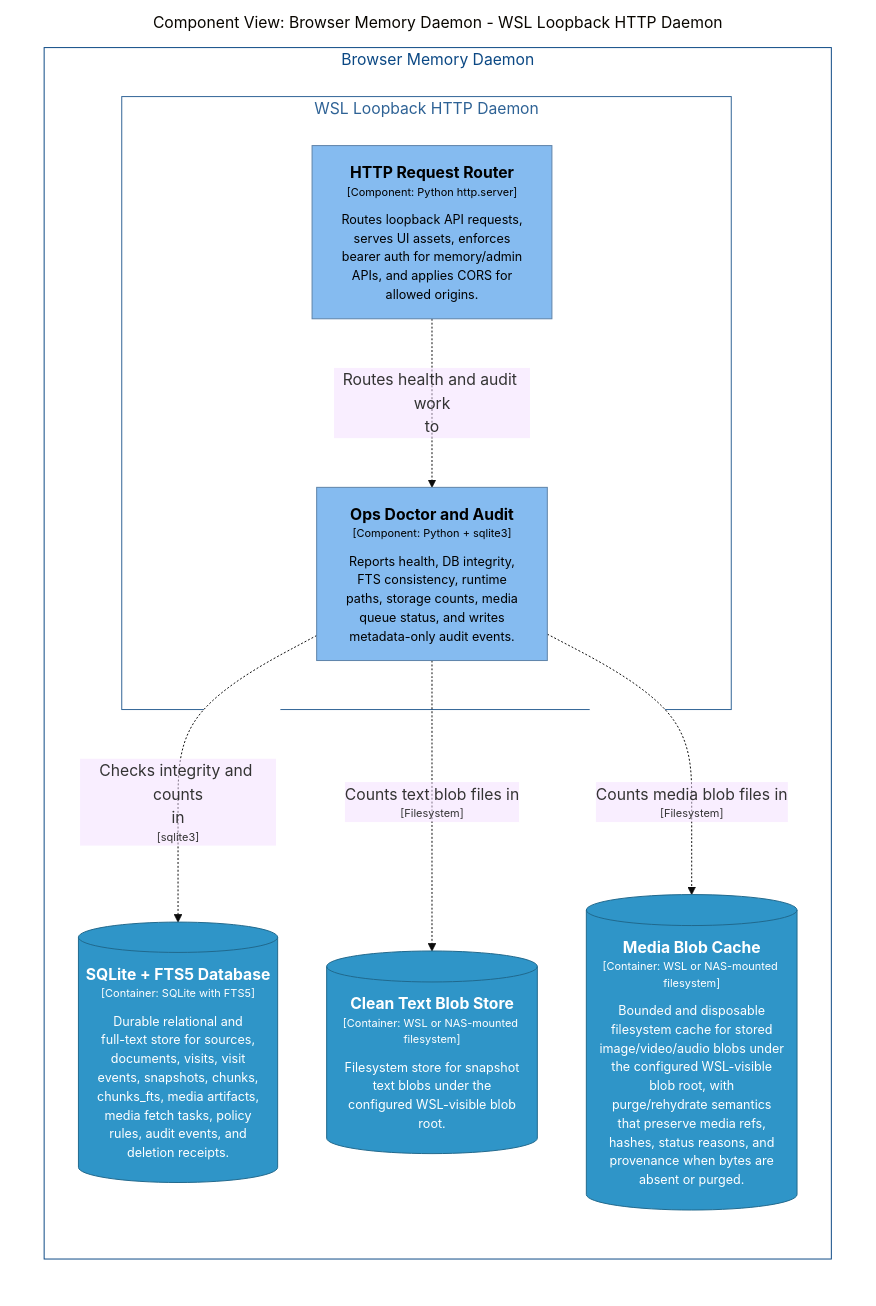
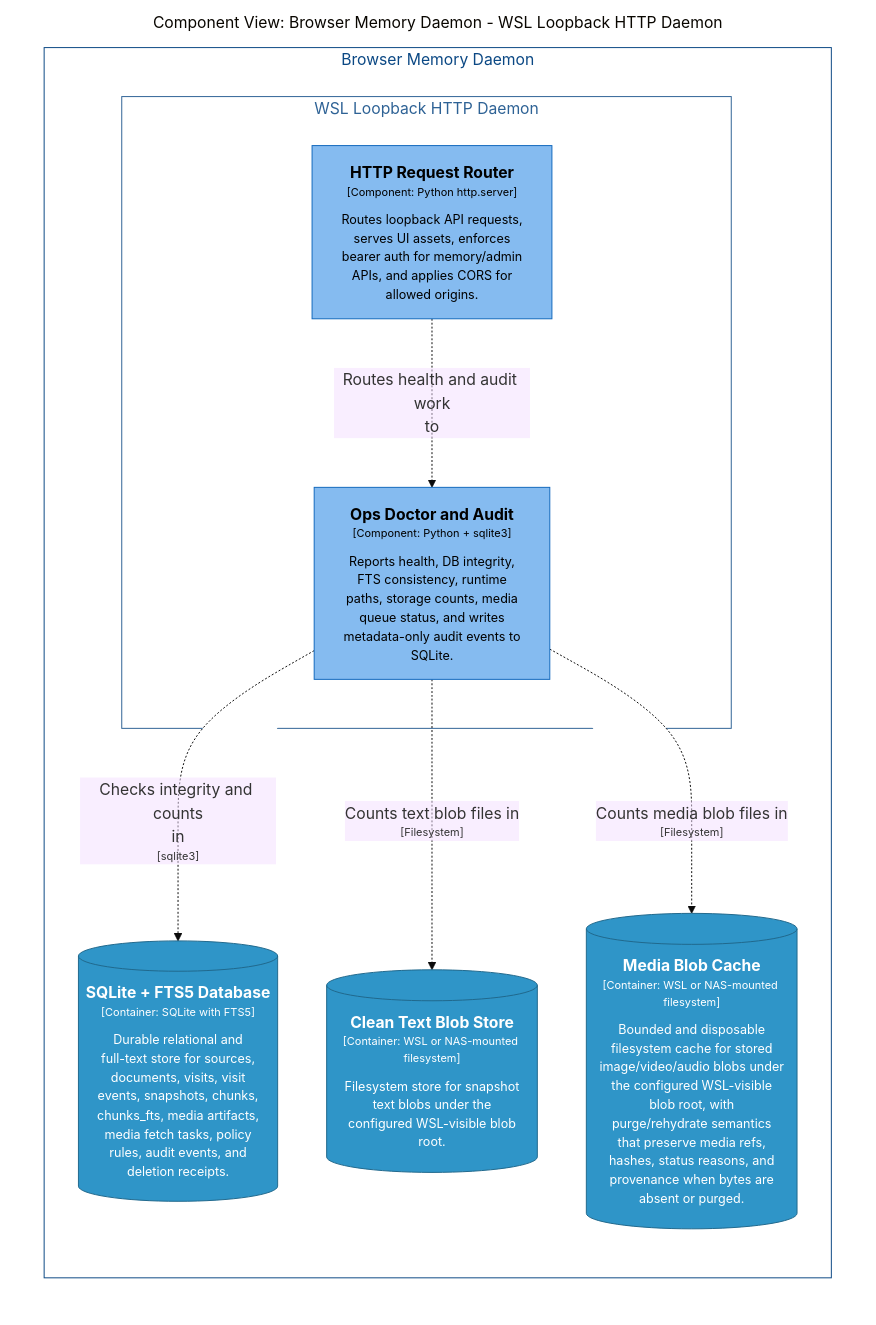
The diagram in docs/architecture/diagrams/markdown/DaemonDoctorComponents.md (michaelnicks0/browser-memory-daemon), drawn with Mermaid (base theme) before and after one commit. The commit also changed 110 other files, not shown here.

````diff
--- a/docs/architecture/diagrams/markdown/DaemonDoctorComponents.md
+++ b/docs/architecture/diagrams/markdown/DaemonDoctorComponents.md
@@ -16,34 +16,34 @@
 ```mermaid
 graph LR
   linkStyle default fill:#ffffff
 
   subgraph diagram ["Component View: Browser Memory Daemon - WSL Loopback HTTP Daemon"]
     style diagram fill:#ffffff,stroke:#ffffff
 
     subgraph 4 ["Browser Memory Daemon"]
       style 4 fill:#ffffff,stroke:#0b4884,color:#0b4884
 
       subgraph 14 ["WSL Loopback HTTP Daemon"]
         style 14 fill:#ffffff,stroke:#2e6295,color:#2e6295
 
         15["<div style='font-weight: bold'>HTTP Request Router</div><div style='font-size: 70%; margin-top: 0px'>[Component: Python http.server]</div><div style='font-size: 80%; margin-top:10px'>Routes loopback API requests,<br />serves UI assets, enforces<br />bearer auth for memory/admin<br />APIs, and applies CORS for<br />allowed origins.</div>"]
-        style 15 fill:#85bbf0,stroke:#5d82a8,color:#000000
-        23["<div style='font-weight: bold'>Ops Doctor and Audit</div><div style='font-size: 70%; margin-top: 0px'>[Component: Python + sqlite3]</div><div style='font-size: 80%; margin-top:10px'>Reports health, DB integrity,<br />FTS consistency, runtime<br />paths, storage counts, media<br />queue status, and writes<br />metadata-only audit events.</div>"]
-        style 23 fill:#85bbf0,stroke:#5d82a8,color:#000000
+        style 15 fill:#85bbf0,stroke:#1168bd,color:#000000
+        23["<div style='font-weight: bold'>Ops Doctor and Audit</div><div style='font-size: 70%; margin-top: 0px'>[Component: Python + sqlite3]</div><div style='font-size: 80%; margin-top:10px'>Reports health, DB integrity,<br />FTS consistency, runtime<br />paths, storage counts, media<br />queue status, and writes<br />metadata-only audit events to<br />SQLite.</div>"]
+        style 23 fill:#85bbf0,stroke:#1168bd,color:#000000
       end
 
       27[("<div style='font-weight: bold'>SQLite + FTS5 Database</div><div style='font-size: 70%; margin-top: 0px'>[Container: SQLite with FTS5]</div><div style='font-size: 80%; margin-top:10px'>Durable relational and<br />full-text store for sources,<br />documents, visits, visit<br />events, snapshots, chunks,<br />chunks_fts, media artifacts,<br />media fetch tasks, policy<br />rules, audit events, and<br />deletion receipts.</div>")]
       style 27 fill:#2f95c8,stroke:#20688c,color:#ffffff
       28[("<div style='font-weight: bold'>Clean Text Blob Store</div><div style='font-size: 70%; margin-top: 0px'>[Container: WSL or NAS-mounted filesystem]</div><div style='font-size: 80%; margin-top:10px'>Filesystem store for snapshot<br />text blobs under the<br />configured WSL-visible blob<br />root.</div>")]
       style 28 fill:#2f95c8,stroke:#20688c,color:#ffffff
       29[("<div style='font-weight: bold'>Media Blob Cache</div><div style='font-size: 70%; margin-top: 0px'>[Container: WSL or NAS-mounted filesystem]</div><div style='font-size: 80%; margin-top:10px'>Bounded and disposable<br />filesystem cache for stored<br />image/video/audio blobs under<br />the configured WSL-visible<br />blob root, with<br />purge/rehydrate semantics<br />that preserve media refs,<br />hashes, status reasons, and<br />provenance when bytes are<br />absent or purged.</div>")]
       style 29 fill:#2f95c8,stroke:#20688c,color:#ffffff
     end
 
     15-. "<div>Routes health and audit work<br />to</div><div style='font-size: 70%'></div>" .->23
     23-. "<div>Checks integrity and counts<br />in</div><div style='font-size: 70%'>[sqlite3]</div>" .->27
     23-. "<div>Counts text blob files in</div><div style='font-size: 70%'>[Filesystem]</div>" .->28
     23-. "<div>Counts media blob files in</div><div style='font-size: 70%'>[Filesystem]</div>" .->29
 
   end
 ```
````
